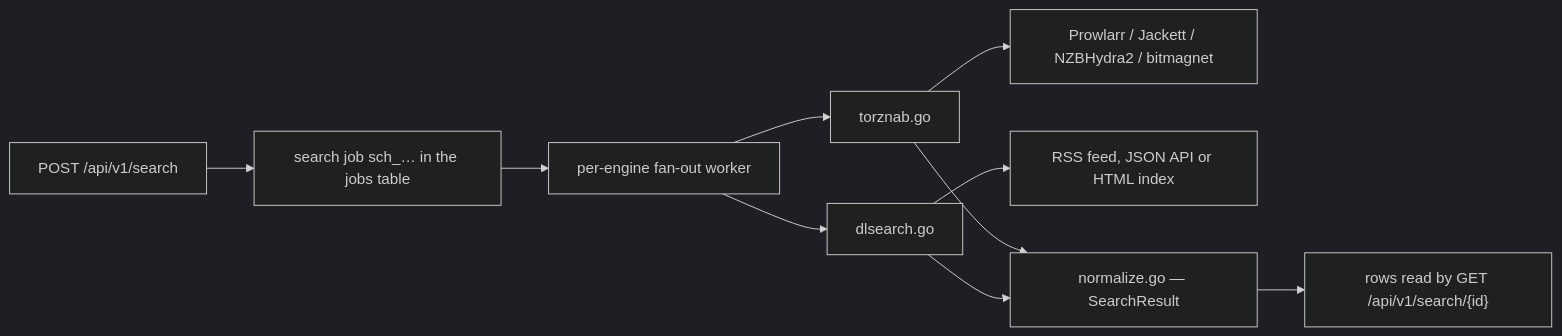
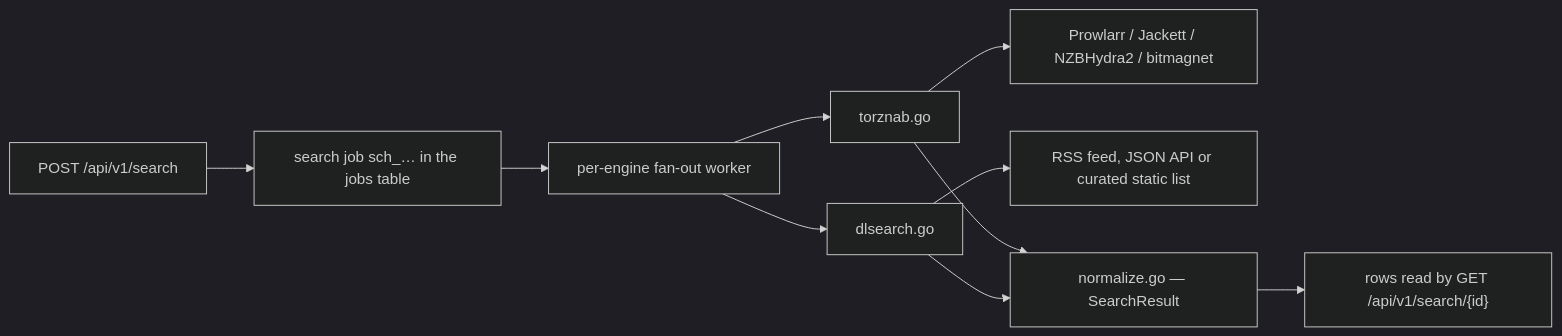
Before and after one commit to L-K-M/dl-tool: the diagram in docs/07-search-and-indexers.md, drawn with Mermaid (dark theme). The commit also changed other lines of this file and 7 other files, not shown here.

````diff
--- a/docs/07-search-and-indexers.md
+++ b/docs/07-search-and-indexers.md
@@ -42,12 +42,12 @@
 ```mermaid
 flowchart LR
   API["POST /api/v1/search"] --> JOB["search job sch_… in the jobs table"]
   JOB --> FANOUT["per-engine fan-out worker"]
   FANOUT --> TZ["torznab.go"]
   FANOUT --> DS["dlsearch.go"]
   TZ --> P1["Prowlarr / Jackett / NZBHydra2 / bitmagnet"]
-  DS --> P2["RSS feed, JSON API or HTML index"]
+  DS --> P2["RSS feed, JSON API or curated static list"]
   TZ --> NORM["normalize.go — SearchResult"]
   DS --> NORM
   NORM --> STORE["rows read by GET /api/v1/search/{id}"]
 ```
````
